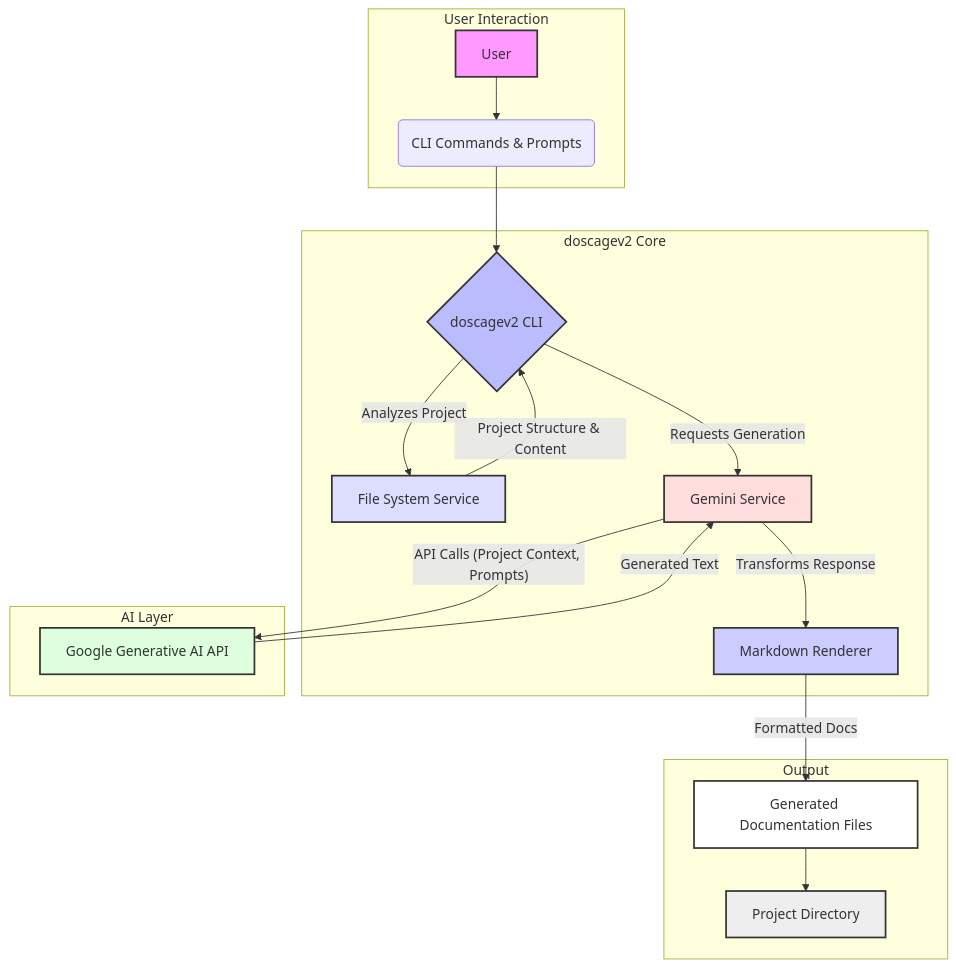
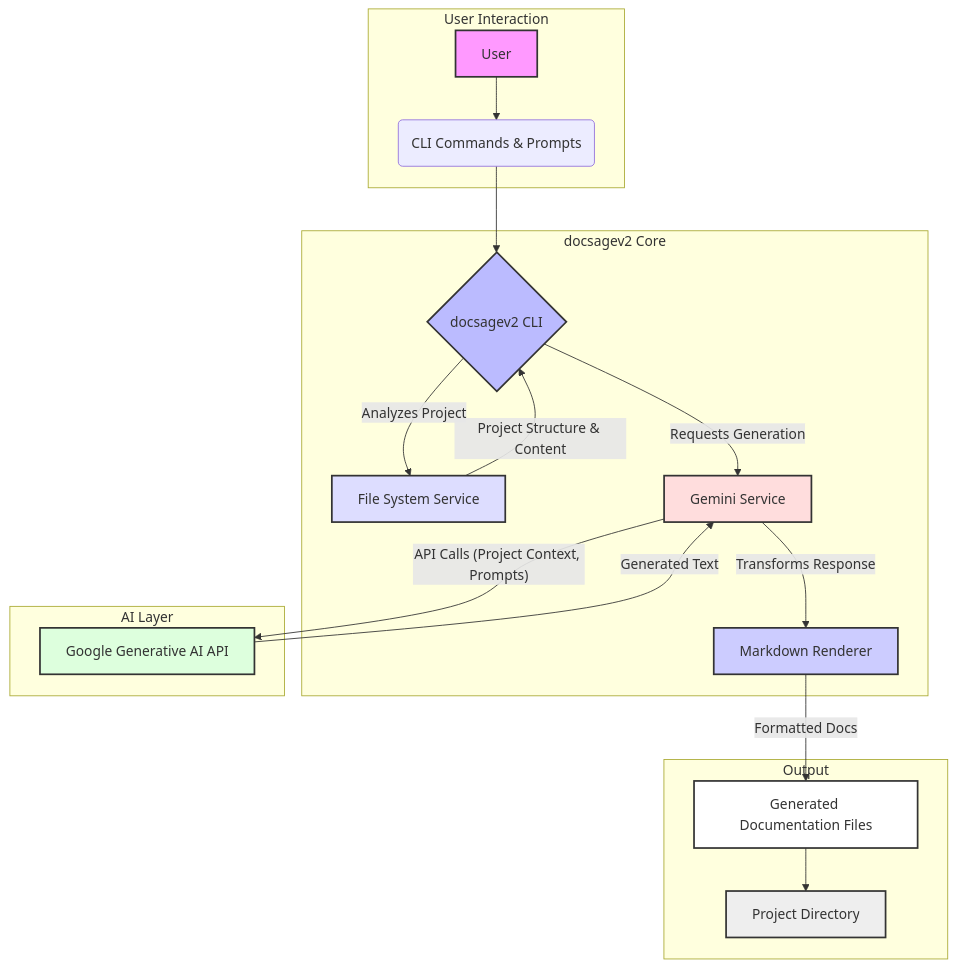
The first of 2 diagrams in README.md (Owusu1946/docsagev2), drawn with Mermaid before and after one commit. The commit also changed other lines of this file, not shown here.

````diff
--- a/README.md
+++ b/README.md
@@ -75,33 +75,33 @@
 ```mermaid
 graph TD
     subgraph User Interaction
         A[User] --> B(CLI Commands & Prompts);
     end
 
-    subgraph doscagev2 Core
-        B --> C{doscagev2 CLI};
+    subgraph docsagev2 Core
+        B --> C{docsagev2 CLI};
         C -- Analyzes Project --> D[File System Service];
         D -- Project Structure & Content --> C;
         C -- Requests Generation --> E[Gemini Service];
         E -- Transforms Response --> G[Markdown Renderer];
     end
 
     subgraph AI Layer
         E -- API Calls (Project Context, Prompts) --> F[Google Generative AI API];
         F -- Generated Text --> E;
     end
 
     subgraph Output
         G -- Formatted Docs --> H[Generated Documentation Files];
         H --> I[Project Directory];
     end
 
     style A fill:#f9f,stroke:#333,stroke-width:2px
     style C fill:#bbf,stroke:#333,stroke-width:2px
     style D fill:#ddf,stroke:#333,stroke-width:2px
     style E fill:#fdd,stroke:#333,stroke-width:2px
     style F fill:#dfd,stroke:#333,stroke-width:2px
     style G fill:#ccf,stroke:#333,stroke-width:2px
     style H fill:#fff,stroke:#333,stroke-width:2px
     style I fill:#eee,stroke:#333,stroke-width:2px
 ```
````
